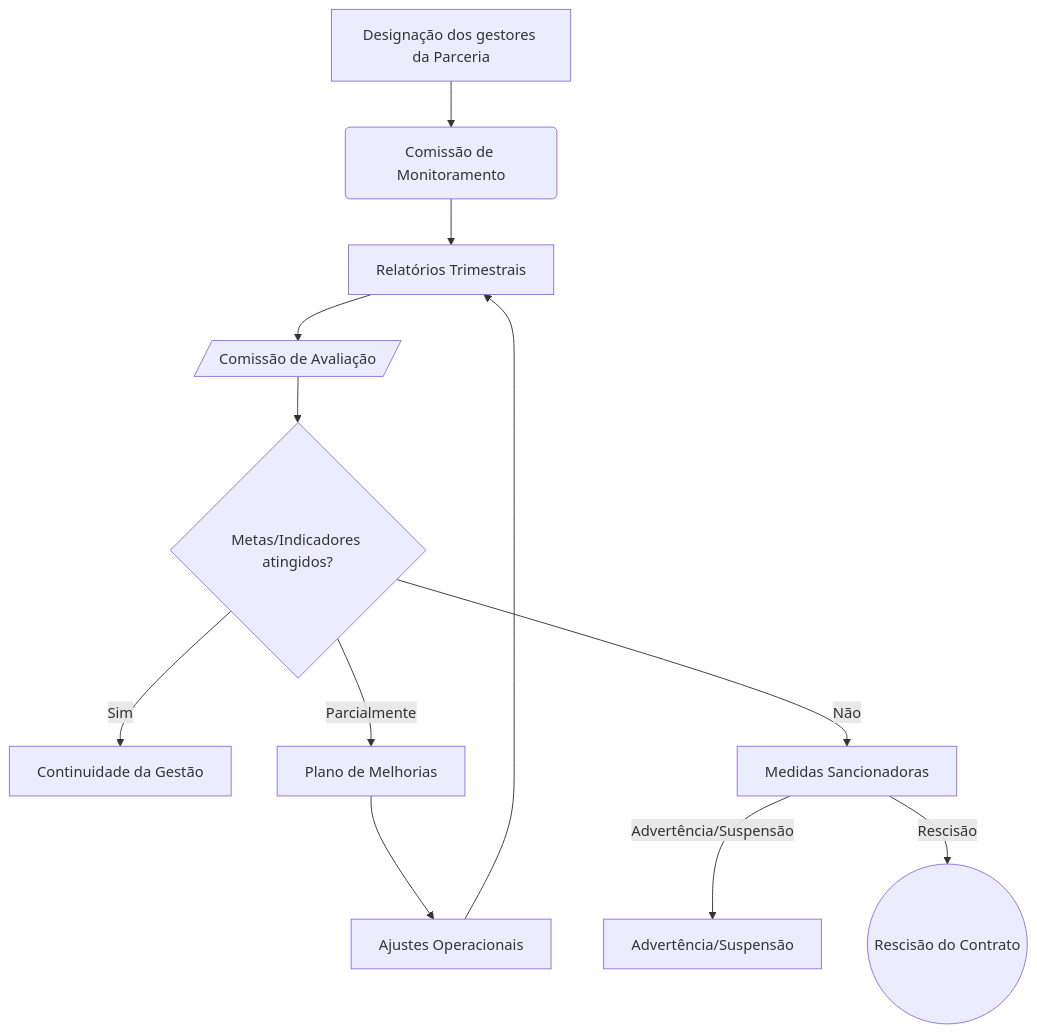
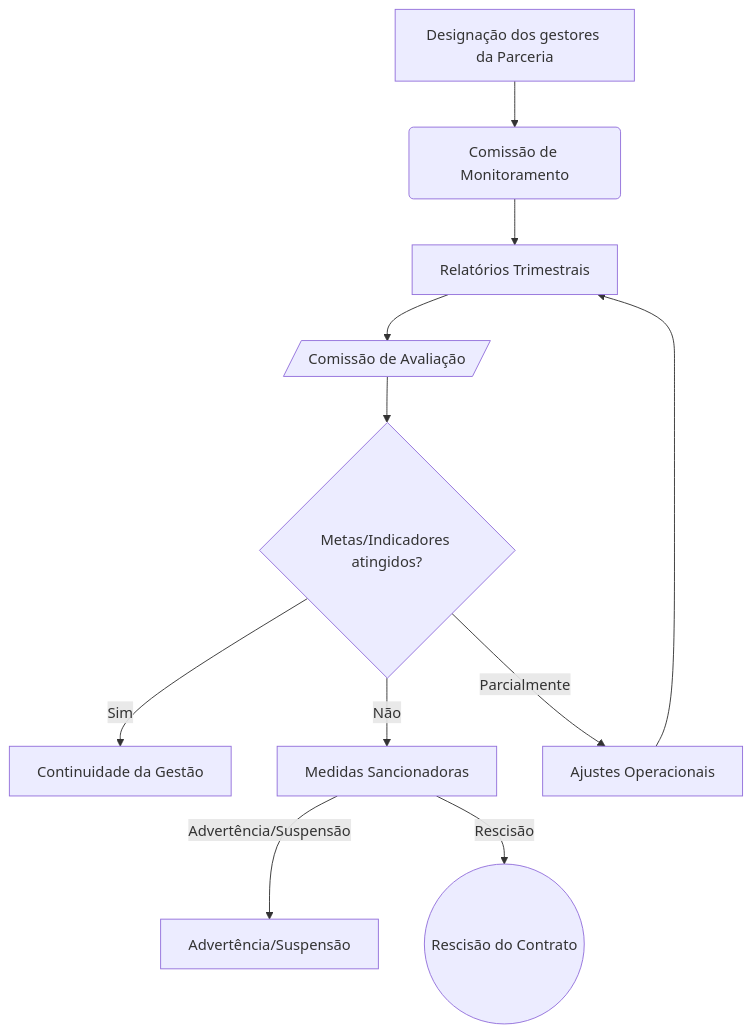
One commit to iepha-mg/manual.appi changed the diagram in paginas/marcos_regulatorios/descentralizacao/README.md. Above: the diagram before and after it, drawn with Mermaid.

```diff
--- a/paginas/marcos_regulatorios/descentralizacao/README.md
+++ b/paginas/marcos_regulatorios/descentralizacao/README.md
@@ -99,25 +99,23 @@
 <div class="mermaid">
 flowchart TB
     OS_GESTORES@{ shape: rect, label: "Designação dos gestores da Parceria" }
     OS_COM_MON@{ shape: rounded, label: "Comissão de Monitoramento" }
     OS_REL@{ shape: rect, label: "Relatórios Trimestrais" }
     OS_COM_AV@{ shape: lean-r, label: "Comissão de Avaliação" }
     OS_META@{ shape: diamond, label: "Metas/Indicadores atingidos?" }
     OS_CONT@{ shape: rect, label: "Continuidade da Gestão" }
-    OS_PLAN@{ shape: rect, label: "Plano de Melhorias" }
     OS_SAN@{ shape: rect, label: "Medidas Sancionadoras" }
     OS_ADJ@{ shape: rect, label: "Ajustes Operacionais" }
     OS_SUS@{ shape: rect, label: "Advertência/Suspensão" }
     OS_RES@{ shape: circle, label: "Rescisão do Contrato" }
     OS_GESTORES --> OS_COM_MON
     OS_COM_MON --> OS_REL
     OS_REL --> OS_COM_AV
     OS_COM_AV --> OS_META
     OS_META -- Sim --> OS_CONT
-    OS_META -- Parcialmente --> OS_PLAN
-    OS_PLAN --> OS_ADJ
+    OS_META -- Parcialmente --> OS_ADJ
     OS_ADJ --> OS_REL
     OS_META -- Não --> OS_SAN
     OS_SAN -- Advertência/Suspensão --> OS_SUS
     OS_SAN -- Rescisão --> OS_RES
 </div>
```
